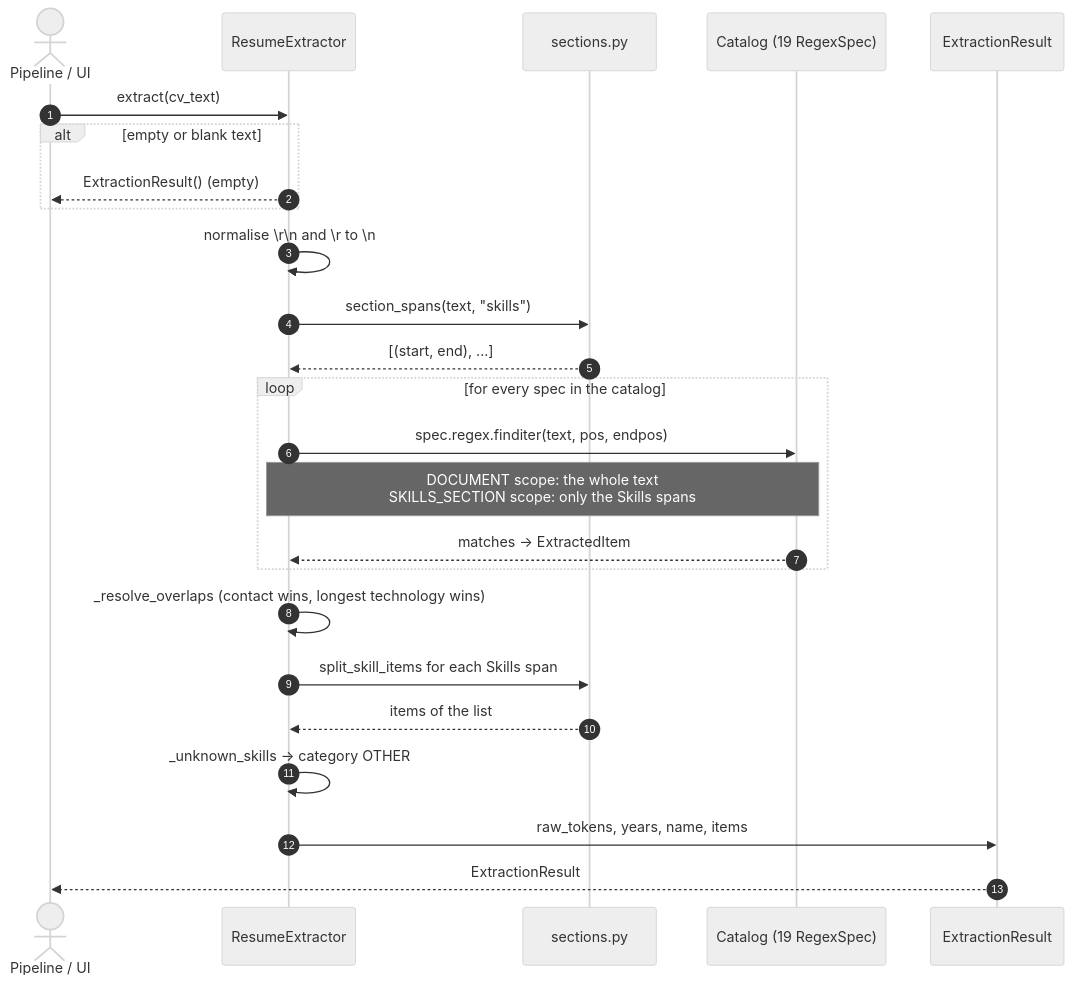
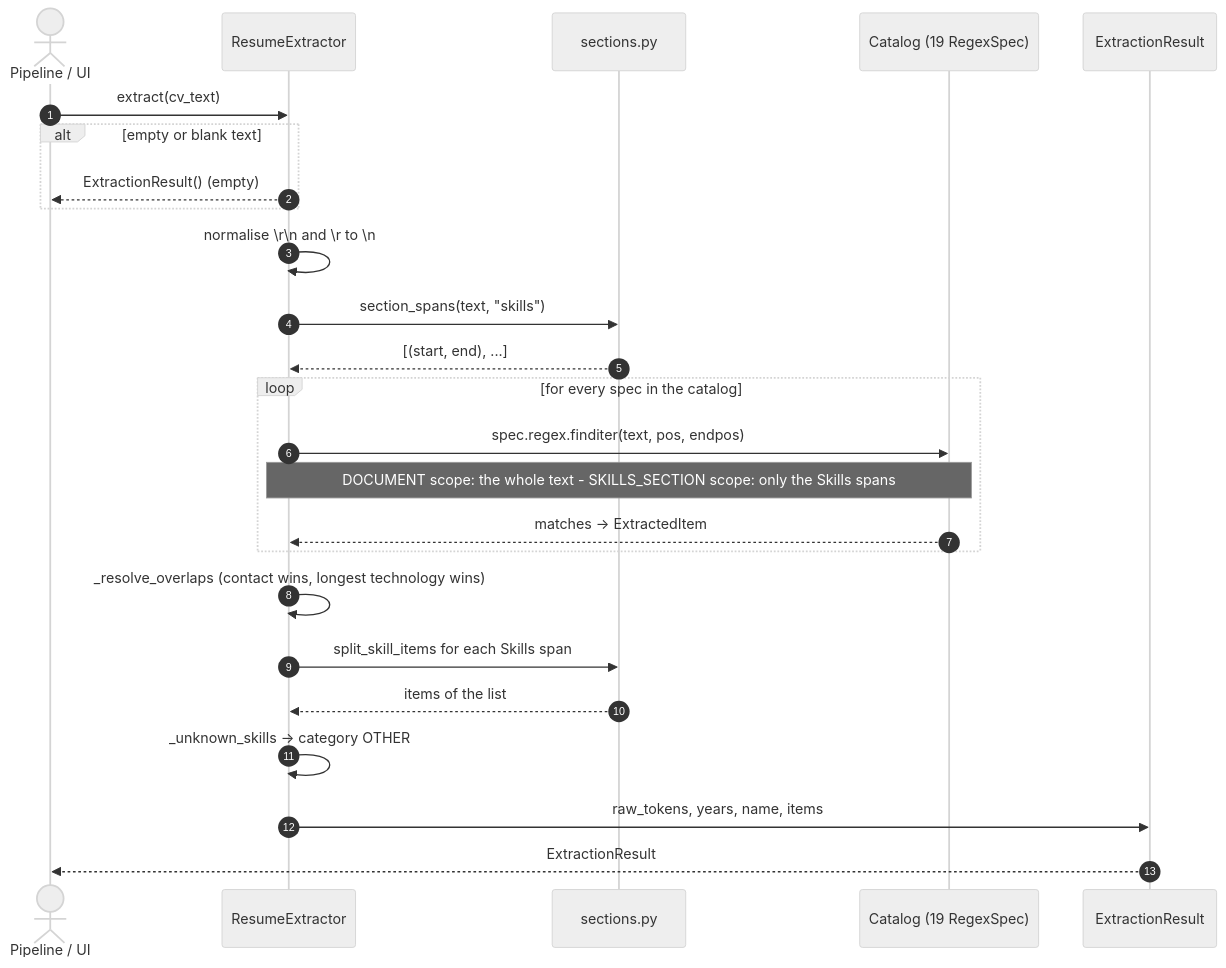
Before and after one commit to JuanJoe-18/DiscreteIII-Integrative-Task-VictorTeam: the sixth of 39 diagrams in docs/stage1_regex.md, drawn with Mermaid (neutral theme). The commit also changed other lines of this file, not shown here.

````diff
--- a/docs/stage1_regex.md
+++ b/docs/stage1_regex.md
@@ -271,28 +271,28 @@
 ```mermaid
 sequenceDiagram
     autonumber
     actor Caller as Pipeline / UI
     participant E as ResumeExtractor
     participant S as sections.py
     participant C as Catalog (19 RegexSpec)
     participant R as ExtractionResult
 
     Caller->>E: extract(cv_text)
     alt empty or blank text
         E-->>Caller: ExtractionResult() (empty)
     end
     E->>E: normalise \r\n and \r to \n
     E->>S: section_spans(text, "skills")
     S-->>E: [(start, end), ...]
     loop for every spec in the catalog
         E->>C: spec.regex.finditer(text, pos, endpos)
-        Note over E,C: DOCUMENT scope: the whole text<br/>SKILLS_SECTION scope: only the Skills spans
+        Note over E,C: DOCUMENT scope: the whole text - SKILLS_SECTION scope: only the Skills spans
         C-->>E: matches → ExtractedItem
     end
     E->>E: _resolve_overlaps (contact wins, longest technology wins)
     E->>S: split_skill_items for each Skills span
     S-->>E: items of the list
     E->>E: _unknown_skills → category OTHER
     E->>R: raw_tokens, years, name, items
     R-->>Caller: ExtractionResult
 ```
````
